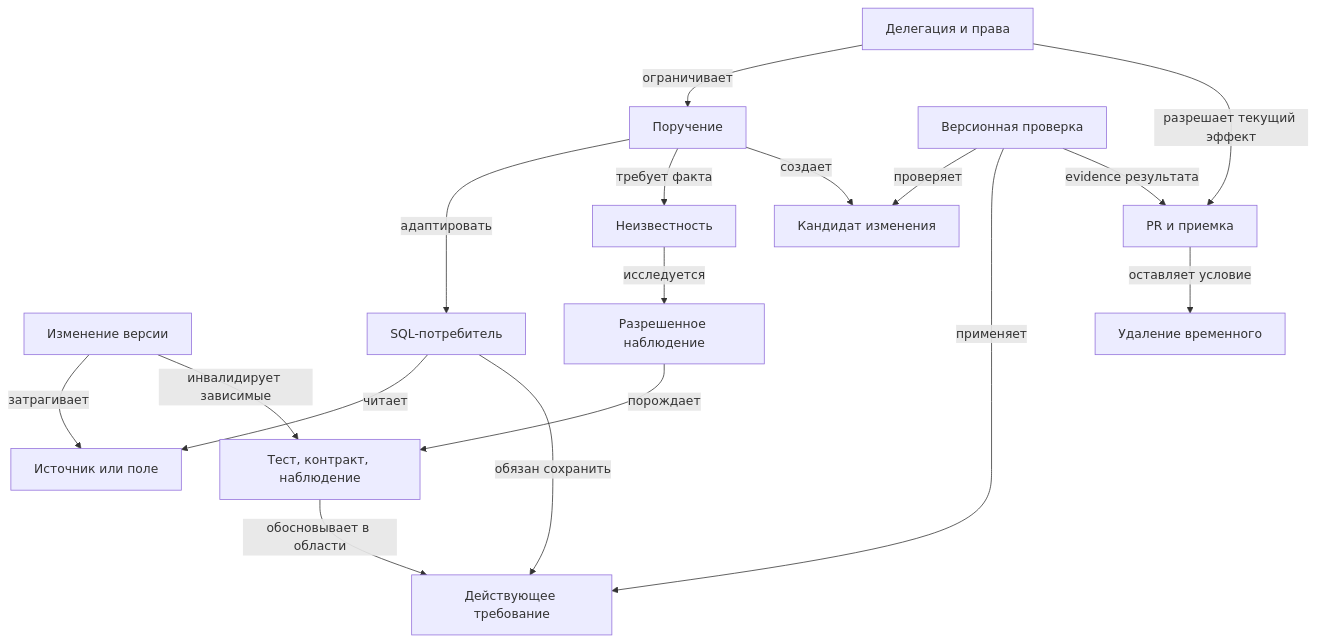
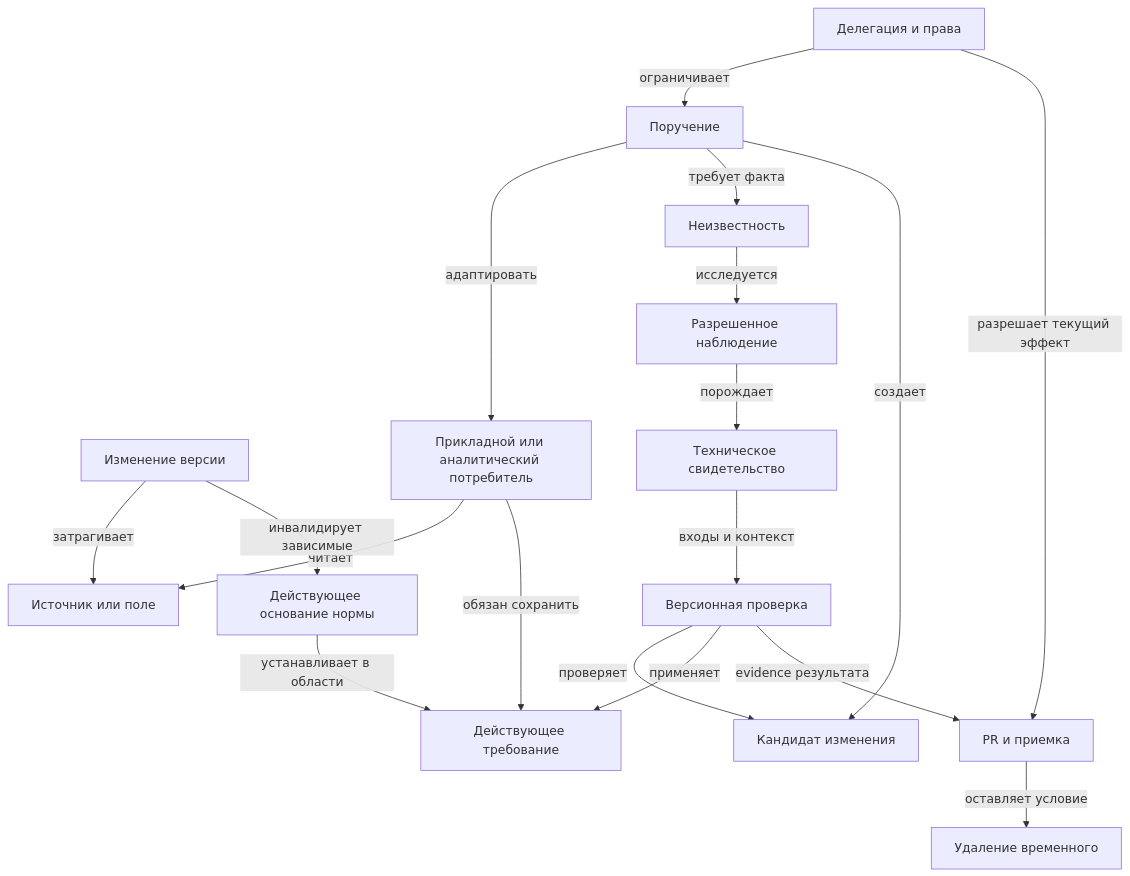
Before and after one commit to rengalaxies/agent: the second of 3 diagrams in docs/product-rebuild-2026-10-16.md, drawn with Mermaid. The commit also changed other lines of this file and 6 other files, not shown here.

Commit message:
Specify cross-system semantic transition niche, concrete graph blockers and stronger competitive baselines

````diff
--- a/docs/product-rebuild-2026-10-16.md
+++ b/docs/product-rebuild-2026-10-16.md
@@ -573,19 +620,20 @@
 ```mermaid
 flowchart TD
     Change["Изменение версии"] -->|"затрагивает"| Asset["Источник или поле"]
-    Consumer["SQL-потребитель"] -->|"читает"| Asset
+    Consumer["Прикладной или аналитический потребитель"] -->|"читает"| Asset
     Consumer -->|"обязан сохранить"| Rule["Действующее требование"]
-    Evidence["Тест, контракт, наблюдение"] -->|"обосновывает в области"| Rule
+    Evidence["Действующее основание нормы"] -->|"устанавливает в области"| Rule
     Task["Поручение"] -->|"адаптировать"| Consumer
     Task -->|"требует факта"| Gap["Неизвестность"]
     Gap -->|"исследуется"| Probe["Разрешенное наблюдение"]
-    Probe -->|"порождает"| Evidence
+    Probe -->|"порождает"| Observation["Техническое свидетельство"]
+    Observation -->|"входы и контекст"| Verify
     Task -->|"создает"| Patch["Кандидат изменения"]
     Verify["Версионная проверка"] -->|"проверяет"| Patch
     Verify -->|"применяет"| Rule
     Grant["Делегация и права"] -->|"ограничивает"| Task
     Grant -->|"разрешает текущий эффект"| PR["PR и приемка"]
     Verify -->|"evidence результата"| PR
     PR -->|"оставляет условие"| Cleanup["Удаление временного"]
     Change -->|"инвалидирует зависимые"| Evidence
 ```
````
